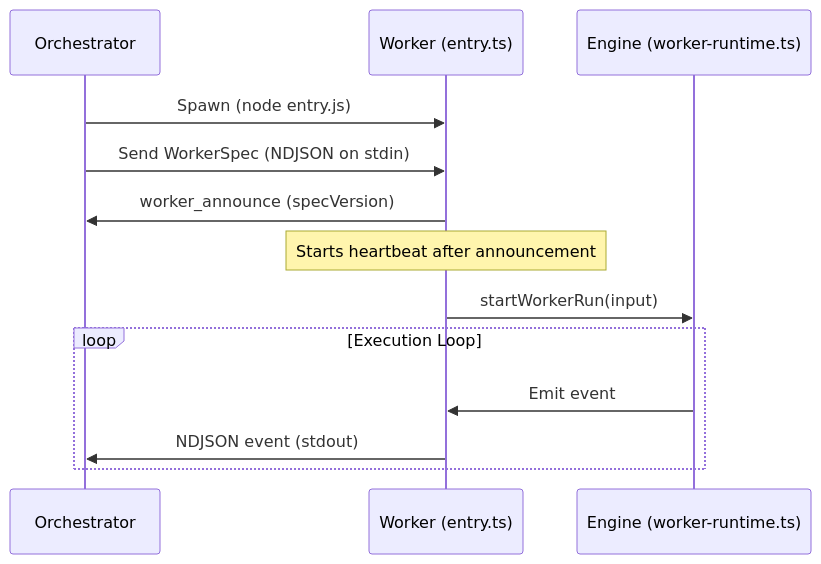
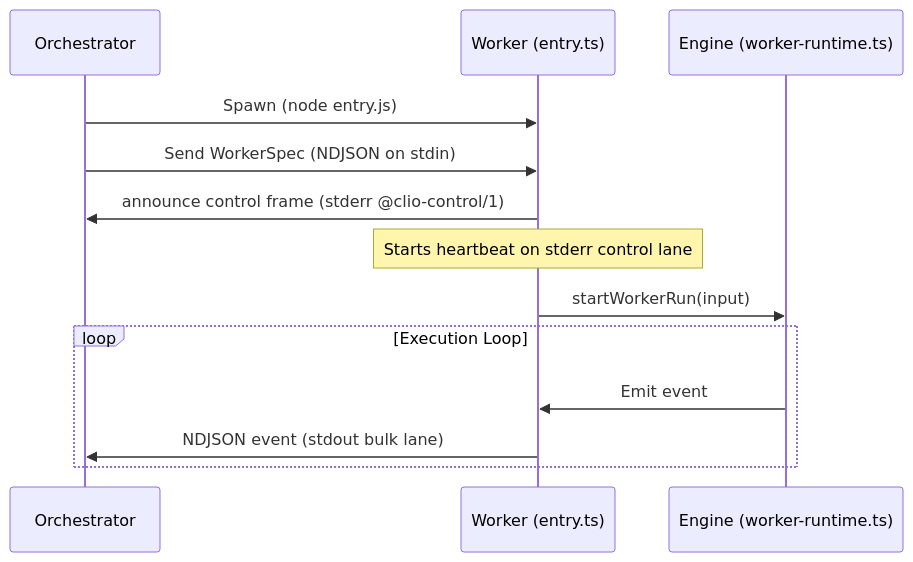
Before and after one commit to iowarp/clio-coder: the first of 2 diagrams in docs/worker-dispatch-mechanics.md, drawn with Mermaid. The commit also changed other lines of this file and 7 other files, not shown here.

````diff
--- a/docs/worker-dispatch-mechanics.md
+++ b/docs/worker-dispatch-mechanics.md
@@ -29,16 +29,16 @@
 ```mermaid
 sequenceDiagram
     participant Orchestrator
     participant WorkerSubprocess as Worker (entry.ts)
     participant Engine as Engine (worker-runtime.ts)
 
     Orchestrator->>WorkerSubprocess: Spawn (node entry.js)
     Orchestrator->>WorkerSubprocess: Send WorkerSpec (NDJSON on stdin)
-    WorkerSubprocess->>Orchestrator: worker_announce (specVersion)
-    Note over WorkerSubprocess: Starts heartbeat after announcement
+    WorkerSubprocess->>Orchestrator: announce control frame (stderr @clio-control/1)
+    Note over WorkerSubprocess: Starts heartbeat on stderr control lane
     WorkerSubprocess->>Engine: startWorkerRun(input)
     loop Execution Loop
         Engine->>WorkerSubprocess: Emit event
-        WorkerSubprocess->>Orchestrator: NDJSON event (stdout)
+        WorkerSubprocess->>Orchestrator: NDJSON event (stdout bulk lane)
     end
 ```
````
